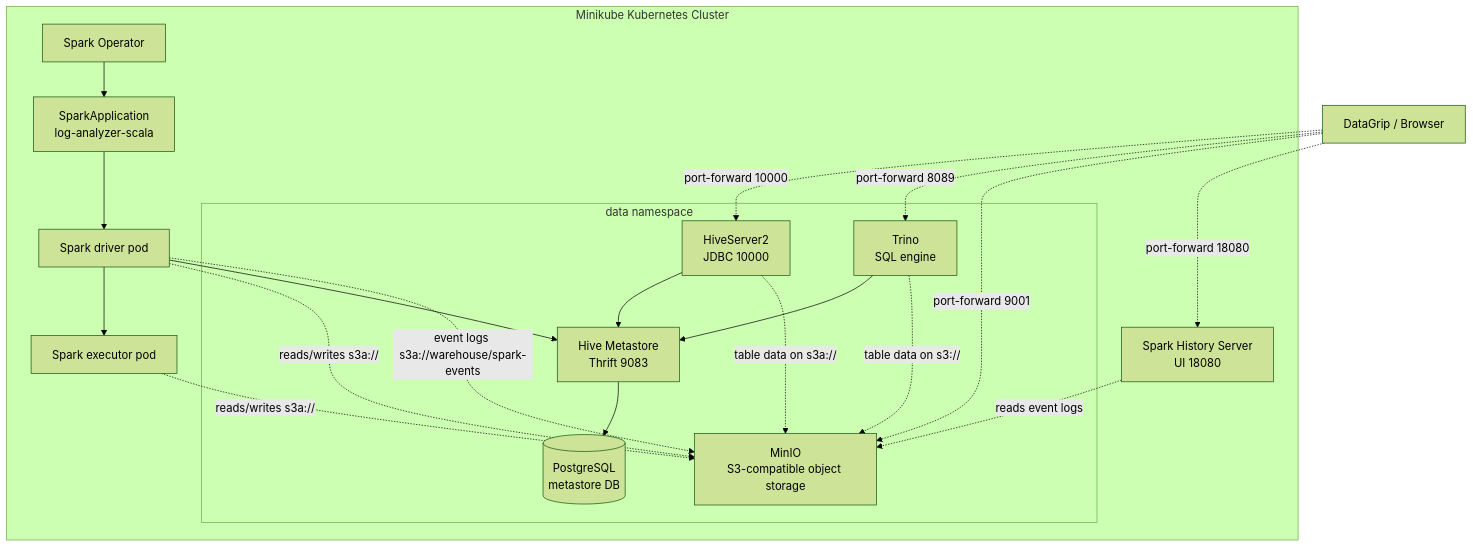
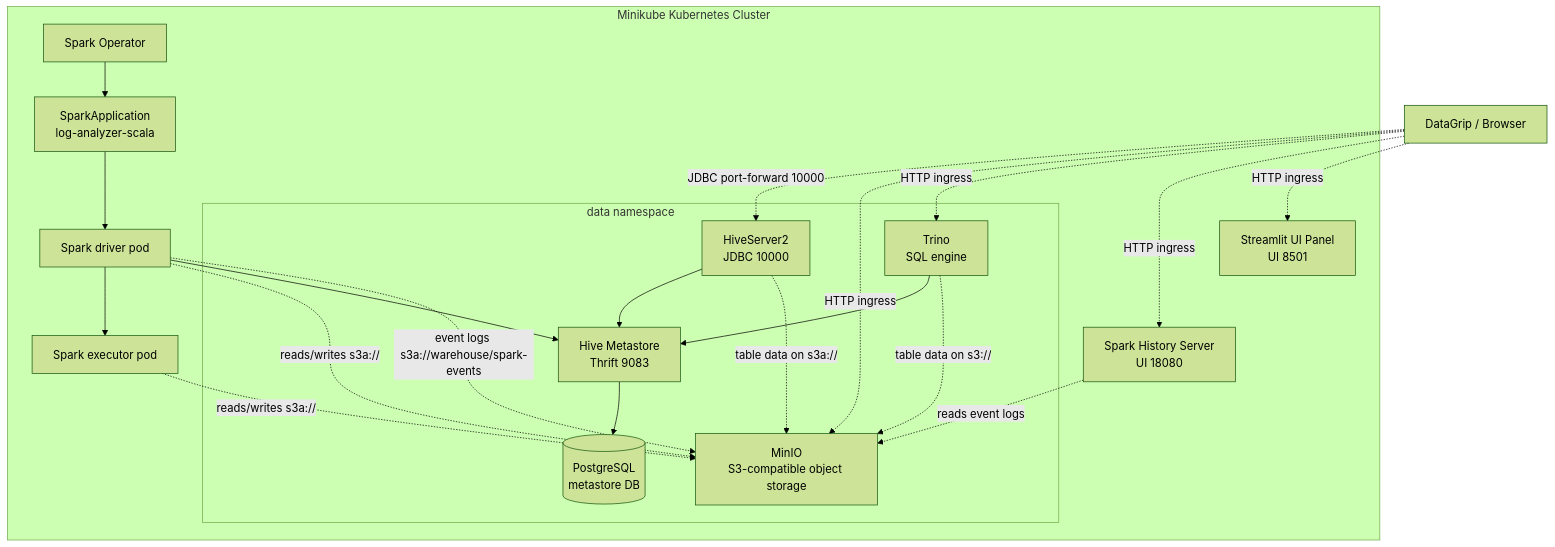
The diagram in README.md (SWeszler/wexler-data-platform), drawn with Mermaid (forest theme) before and after one commit. The commit also changed other lines of this file and 9 other files, not shown here.

Commit message:
Add UI panel deployment and Ingress configuration for MinIO, Trino, and Spark History Server

````diff
--- a/README.md
+++ b/README.md
@@ -99,39 +141,41 @@
 ```mermaid
 graph TD
     subgraph K8S ["Minikube Kubernetes Cluster"]
         SO[Spark Operator]
         SA[SparkApplication<br/>log-analyzer-scala]
         DR[Spark driver pod]
         EX[Spark executor pod]
 
         subgraph DATA ["data namespace"]
             MINIO[MinIO<br/>S3-compatible object storage]
             HMS[Hive Metastore<br/>Thrift 9083]
             HS2[HiveServer2<br/>JDBC 10000]
             PG[(PostgreSQL<br/>metastore DB)]
             TRINO[Trino<br/>SQL engine]
         end
 
         SHS[Spark History Server<br/>UI 18080]
+        PANEL[Streamlit UI Panel<br/>UI 8501]
     end
 
     USER[DataGrip / Browser]
 
     SO --> SA
     SA --> DR
     DR --> EX
     DR -. "reads/writes s3a://" .-> MINIO
     EX -. "reads/writes s3a://" .-> MINIO
     DR --> HMS
     DR -. "event logs s3a://warehouse/spark-events" .-> MINIO
     SHS -. "reads event logs" .-> MINIO
     HMS --> PG
     HS2 --> HMS
     HS2 -. "table data on s3a://" .-> MINIO
     TRINO --> HMS
     TRINO -. "table data on s3://" .-> MINIO
-    USER -. "port-forward 10000" .-> HS2
-    USER -. "port-forward 8089" .-> TRINO
-    USER -. "port-forward 9001" .-> MINIO
-    USER -. "port-forward 18080" .-> SHS
+    USER -. "JDBC port-forward 10000" .-> HS2
+    USER -. "HTTP ingress" .-> MINIO
+    USER -. "HTTP ingress" .-> TRINO
+    USER -. "HTTP ingress" .-> SHS
+    USER -. "HTTP ingress" .-> PANEL
 ```
````
